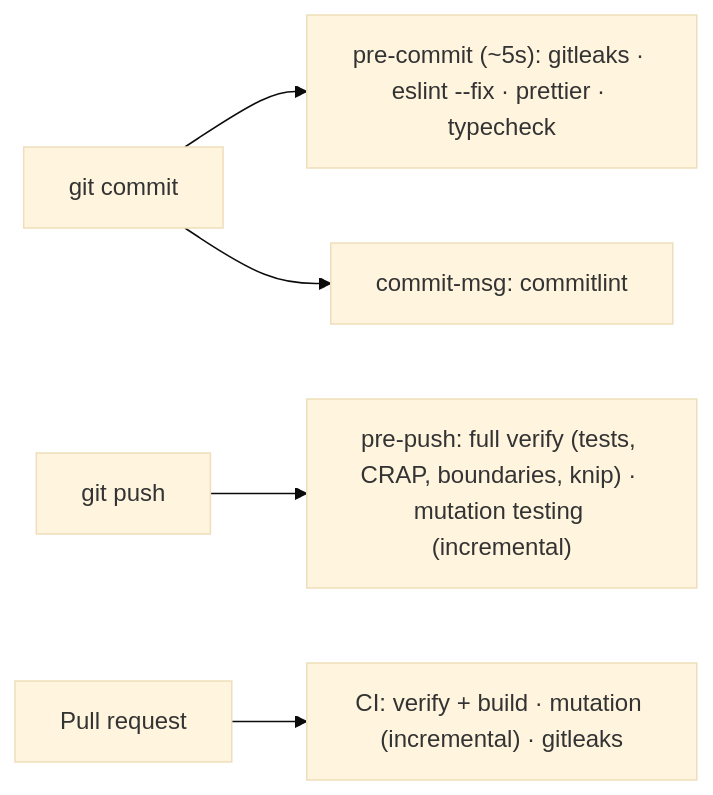
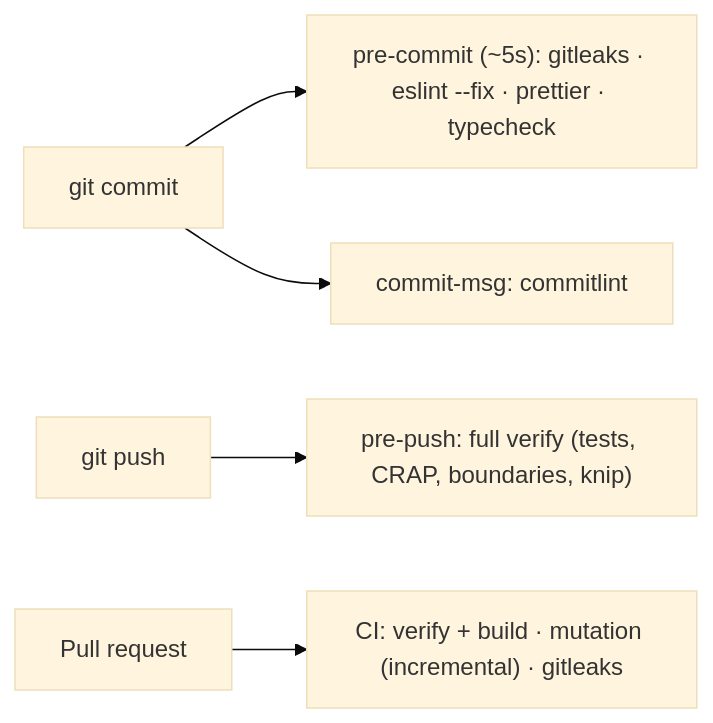
Before and after one commit to hi-humble-hedgehog/beats-for-days: the diagram in docs/guides/workflow.md, drawn with Mermaid (base theme). The commit also changed other lines of this file and 13 other files, not shown here.

````diff
--- a/docs/guides/workflow.md
+++ b/docs/guides/workflow.md
@@ -36,7 +36,7 @@
 ```mermaid
 flowchart LR
     commit["git commit"] --> pc["pre-commit (~5s): gitleaks · eslint --fix · prettier · typecheck"]
     commit --> cm["commit-msg: commitlint"]
-    push["git push"] --> pp["pre-push: full verify (tests, CRAP, boundaries, knip) · mutation testing (incremental)"]
+    push["git push"] --> pp["pre-push: full verify (tests, CRAP, boundaries, knip)"]
     pr["Pull request"] --> ci["CI: verify + build · mutation (incremental) · gitleaks"]
 ```
````
